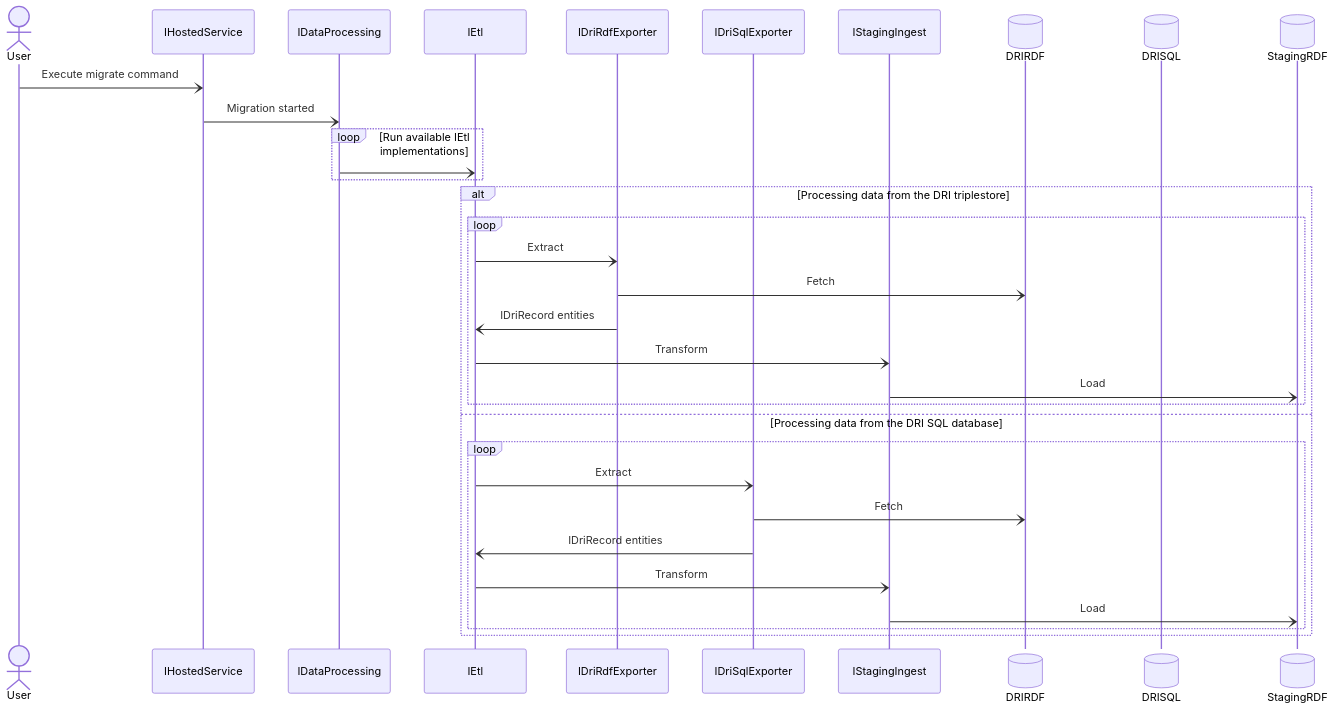
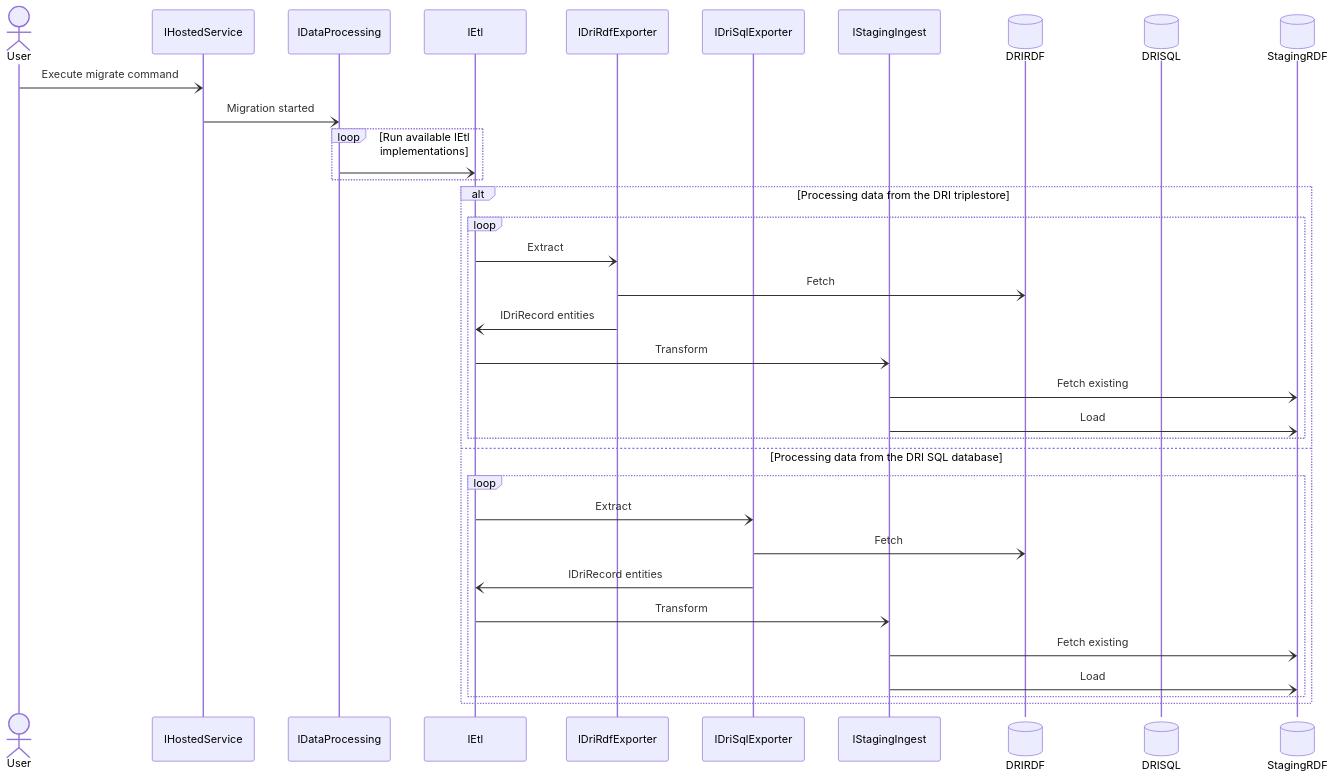
Before and after one commit to nationalarchives/dri-data-migration: the diagram in docs/etl.md, drawn with Mermaid.

Commit message:
ETL docs to mention existing data fetch

````diff
--- a/docs/etl.md
+++ b/docs/etl.md
@@ -13,35 +13,37 @@
 ```mermaid
 sequenceDiagram
     actor User
     participant IHostedService
     participant IDataProcessing
     participant IEtl
     participant IDriRdfExporter
     participant IDriSqlExporter
     participant IStagingIngest
     participant DRIRDF@{ "type" : "database" }
     participant DRISQL@{ "type" : "database" }
     participant StagingRDF@{ "type" : "database" }
     User-)IHostedService: Execute migrate command
     IHostedService-)IDataProcessing: Migration started
     loop Run available IEtl implementations
         IDataProcessing-)IEtl:
     end
     alt Processing data from the DRI triplestore
         loop 
             IEtl-)IDriRdfExporter: Extract
             IDriRdfExporter-)DRIRDF: Fetch
             IDriRdfExporter-)IEtl: IDriRecord entities
             IEtl-)IStagingIngest: Transform
+            IStagingIngest-)StagingRDF: Fetch existing
             IStagingIngest-)StagingRDF: Load
         end
     else Processing data from the DRI SQL database
         loop 
             IEtl-)IDriSqlExporter: Extract
             IDriSqlExporter-)DRIRDF: Fetch
             IDriSqlExporter-)IEtl: IDriRecord entities
             IEtl-)IStagingIngest: Transform
+            IStagingIngest-)StagingRDF: Fetch existing
             IStagingIngest-)StagingRDF: Load
         end
     end
 ```
````
